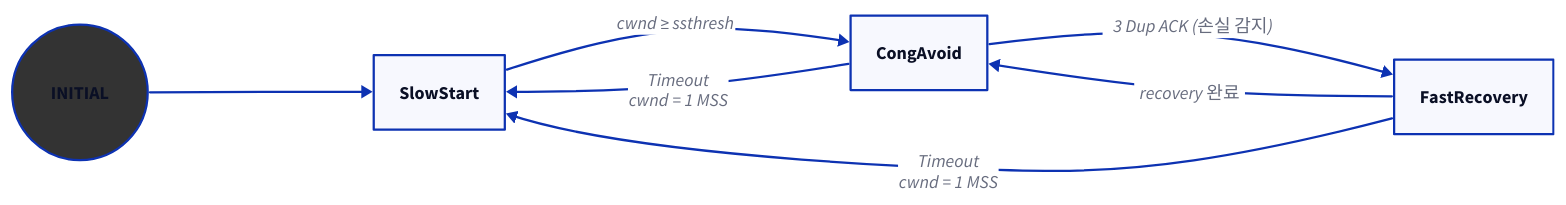
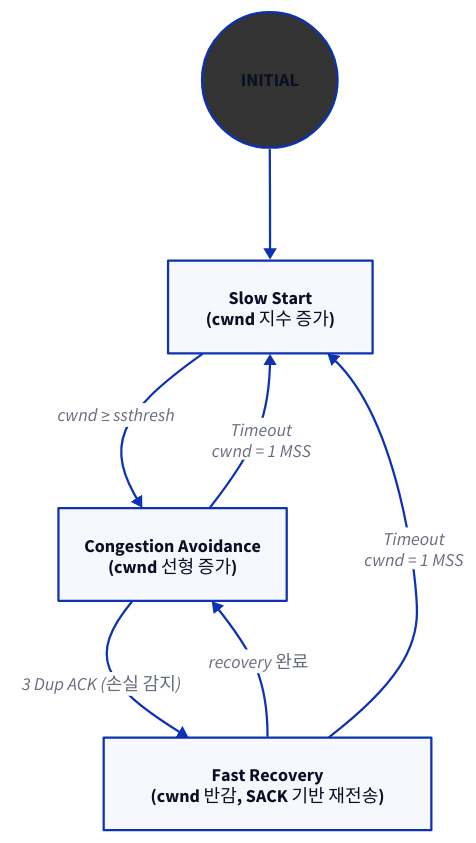
One commit to humbleowl39/DV_SKOOL changed the eighth of 8 diagrams in topics/toe/docs/03_toe_key_functions.md. Above: the diagram before and after it, drawn with D2. The commit also changed other lines of this file and 90 other files, not shown here.

First line of the commit message:
docs: 전 토픽 다이어그램 정비 — ASCII→D2, mermaid→D2, 과대 D2 가시성 수정

````diff
--- a/topics/toe/docs/03_toe_key_functions.md
+++ b/topics/toe/docs/03_toe_key_functions.md
@@ -466,14 +467,14 @@
 ```d2
-direction: right
+direction: down
 
 INITIAL { shape: circle; style.fill: "#333" }
 INITIAL -> SlowStart
-# unparsed: SlowStart: Slow Start<br/>(cwnd 지수 증가)
-# unparsed: CongAvoid: Congestion Avoidance<br/>(cwnd 선형 증가)
-# unparsed: FastRecovery: Fast Recovery<br/>(cwnd 반감, SACK 기반 재전송)
+SlowStart: "Slow Start\n(cwnd 지수 증가)"
+CongAvoid: "Congestion Avoidance\n(cwnd 선형 증가)"
+FastRecovery: "Fast Recovery\n(cwnd 반감, SACK 기반 재전송)"
 SlowStart -> CongAvoid: "cwnd ≥ ssthresh"
 CongAvoid -> FastRecovery: "3 Dup ACK (손실 감지)"
 FastRecovery -> CongAvoid: "recovery 완료"
 CongAvoid -> SlowStart: "Timeout\ncwnd = 1 MSS"
 FastRecovery -> SlowStart: "Timeout\ncwnd = 1 MSS"
 ```
````
